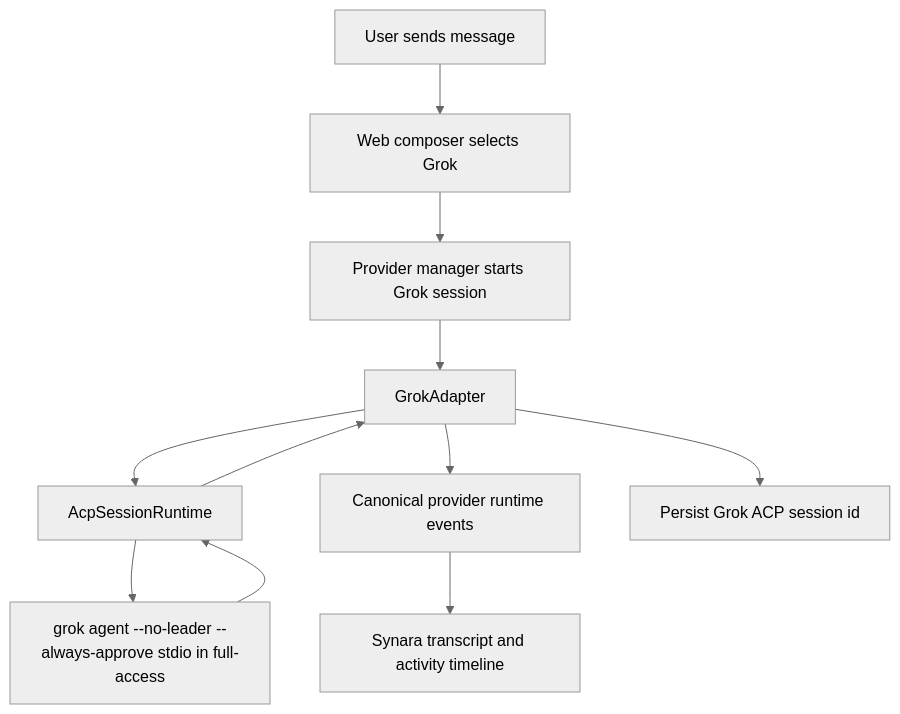
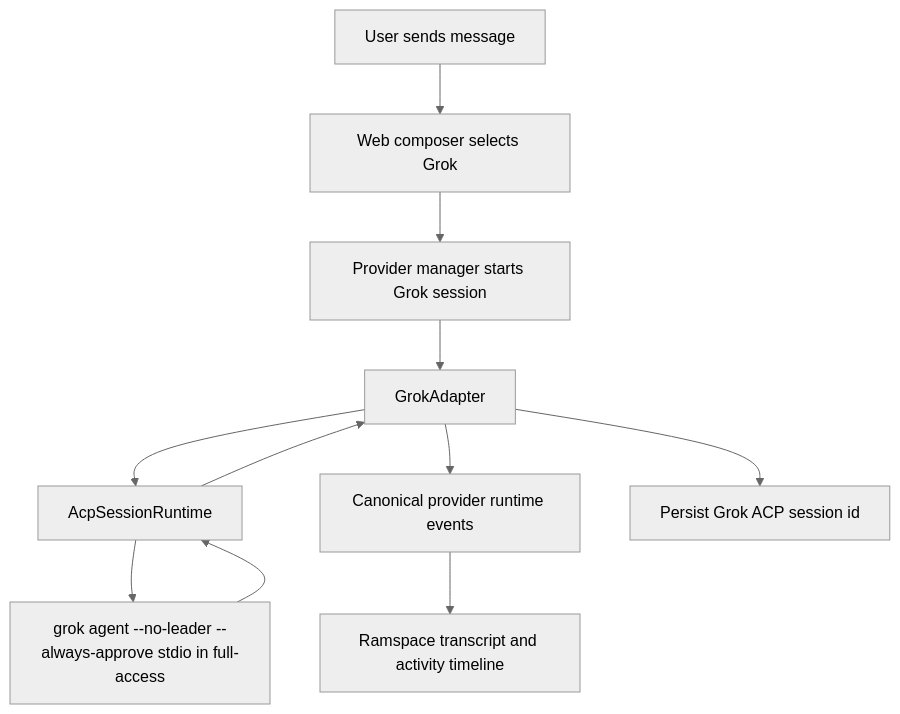
Before and after one commit to aaramsyy/ramspace: the diagram in docs/archive/RECAP-grok-provider.md, drawn with Mermaid (neutral theme). The commit also changed other lines of this file and 3637 other files, not shown here.

````diff
--- a/docs/archive/RECAP-grok-provider.md
+++ b/docs/archive/RECAP-grok-provider.md
@@ -29,13 +29,13 @@
 ```mermaid
 flowchart TD
   User[User sends message] --> Web[Web composer selects Grok]
   Web --> Server[Provider manager starts Grok session]
   Server --> Adapter[GrokAdapter]
   Adapter --> Runtime[AcpSessionRuntime]
   Runtime --> CLI[grok agent --no-leader --always-approve stdio in full-access]
   CLI --> Runtime
   Runtime --> Adapter
   Adapter --> Events[Canonical provider runtime events]
-  Events --> Transcript[Synara transcript and activity timeline]
+  Events --> Transcript[Ramspace transcript and activity timeline]
   Adapter --> Resume[Persist Grok ACP session id]
 ```
````
